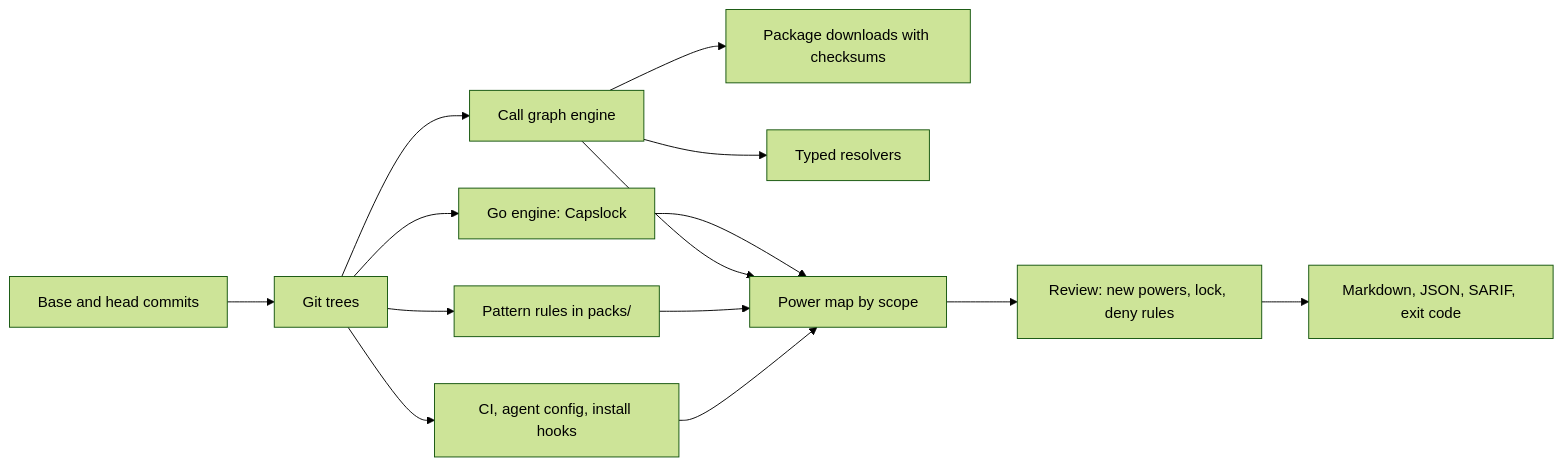
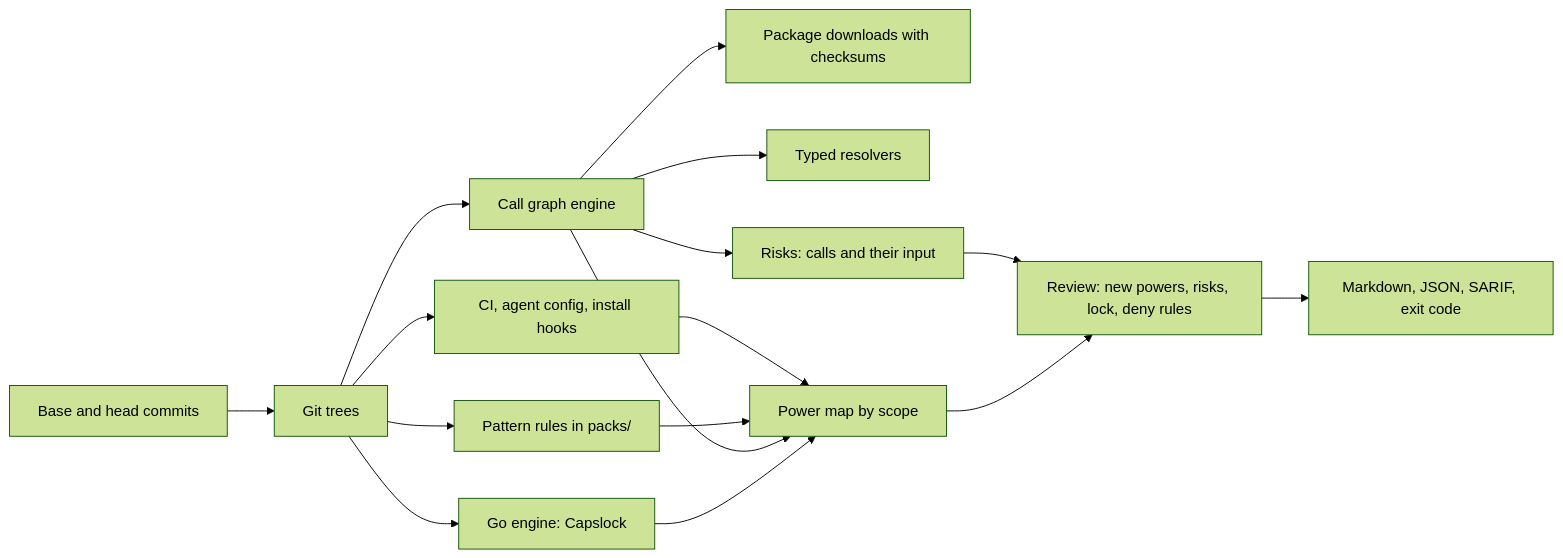
One commit to actions-marketplace-validations/theonly1me_vigilante changed the first of 2 diagrams in docs/architecture.md. Above: the diagram before and after it, drawn with Mermaid (forest theme). The commit also changed other lines of this file and 5 other files, not shown here.

Commit message:
docs: describe risks, their input classes, and their approval

````diff
--- a/docs/architecture.md
+++ b/docs/architecture.md
@@ -7,16 +7,18 @@
 ```mermaid
 flowchart LR
   Commits[Base and head commits] --> Tree[Git trees]
   Tree --> Surfaces[CI, agent config, install hooks]
   Tree --> Patterns[Pattern rules in packs/]
   Tree --> Engine[Call graph engine]
   Tree --> Go[Go engine: Capslock]
   Engine --> Packages[Package downloads with checksums]
   Engine --> Typed[Typed resolvers]
   Surfaces --> Map[Power map by scope]
   Patterns --> Map
   Engine --> Map
   Go --> Map
-  Map --> Review[Review: new powers, lock, deny rules]
+  Engine --> Risks[Risks: calls and their input]
+  Risks --> Review
+  Map --> Review[Review: new powers, risks, lock, deny rules]
   Review --> Report[Markdown, JSON, SARIF, exit code]
 ```
````
